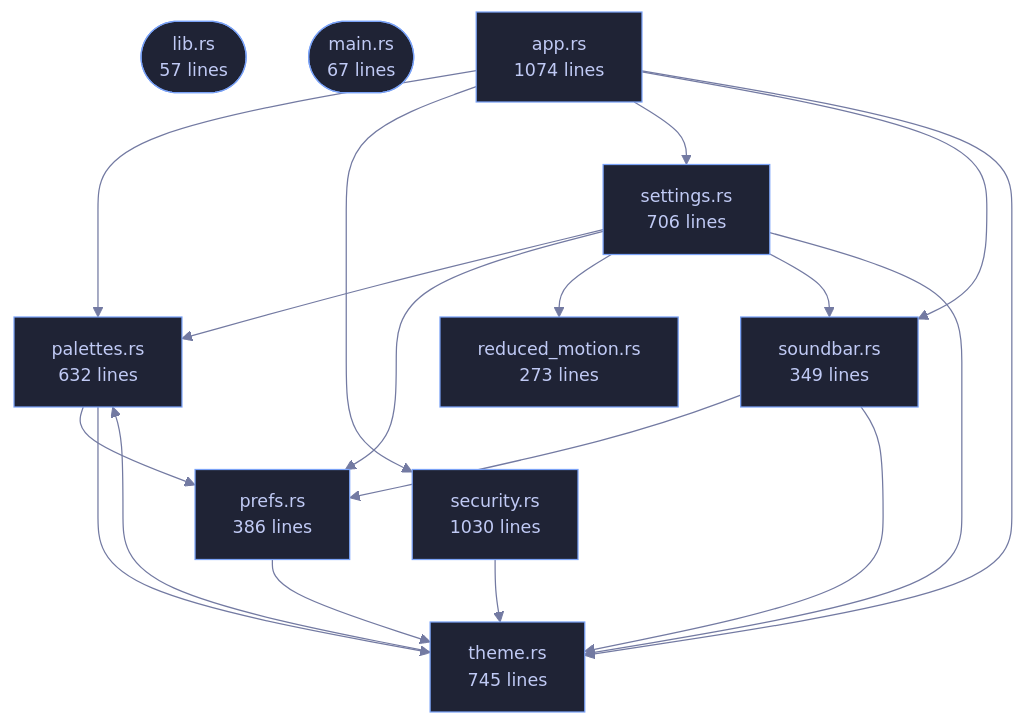
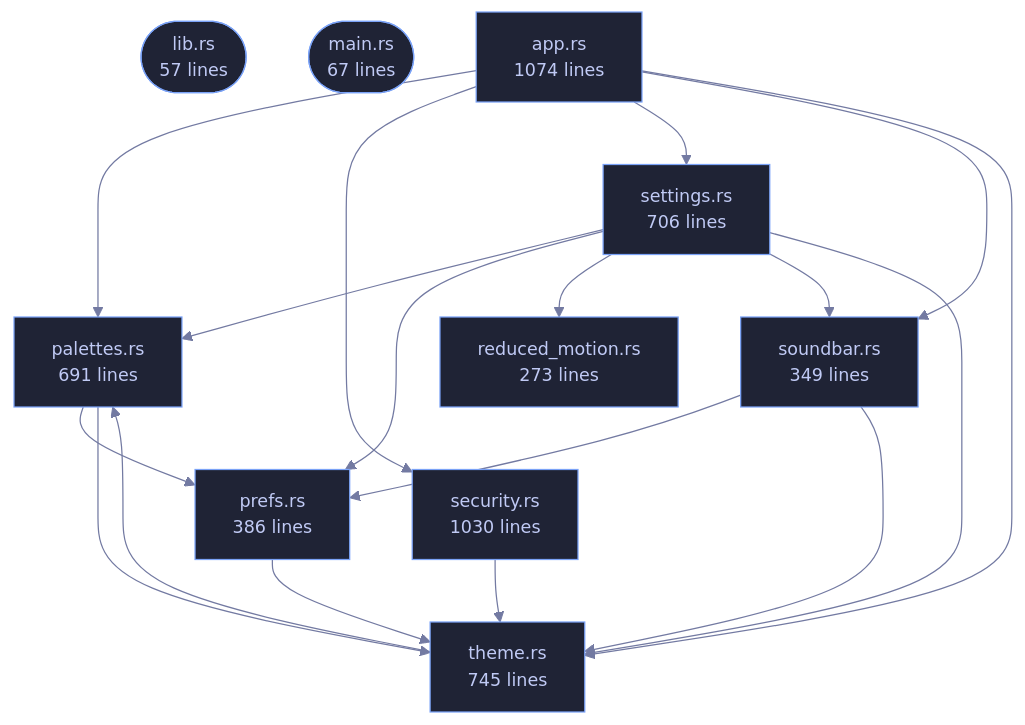
One commit to tilas01/veilvoice changed the diagram in crates/veilvoice-gui/README.md. Above: the diagram before and after it, drawn with Mermaid. The commit also changed other lines of this file and 13 other files, not shown here.

````diff
--- a/crates/veilvoice-gui/README.md
+++ b/crates/veilvoice-gui/README.md
@@ -71,31 +71,31 @@
 ```mermaid
 %%{init: {"theme":"base","themeVariables":{"background":"#1a1b26","primaryColor":"#1f2335","primaryTextColor":"#c0caf5","primaryBorderColor":"#7aa2f7","secondaryColor":"#16161e","tertiaryColor":"#16161e","lineColor":"#737aa2","textColor":"#c0caf5","mainBkg":"#1f2335","nodeBorder":"#7aa2f7","clusterBkg":"#16161e","clusterBorder":"#2f3549","fontFamily":"ui-monospace, SFMono-Regular, Consolas, monospace","fontSize":"14px"}}}%%
 flowchart TD
     n_lib(["lib.rs<br/>57 lines"])
     n_main(["main.rs<br/>67 lines"])
     n_app["app.rs<br/>1074 lines"]
-    n_palettes["palettes.rs<br/>632 lines"]
+    n_palettes["palettes.rs<br/>691 lines"]
     n_prefs["prefs.rs<br/>386 lines"]
     n_reduced_motion["reduced_motion.rs<br/>273 lines"]
     n_security["security.rs<br/>1030 lines"]
     n_settings["settings.rs<br/>706 lines"]
     n_soundbar["soundbar.rs<br/>349 lines"]
     n_theme["theme.rs<br/>745 lines"]
     n_app --> n_palettes
     n_app --> n_security
     n_app --> n_settings
     n_app --> n_soundbar
     n_app --> n_theme
     n_palettes --> n_prefs
     n_palettes --> n_theme
     n_prefs --> n_theme
     n_security --> n_theme
     n_settings --> n_palettes
     n_settings --> n_prefs
     n_settings --> n_reduced_motion
     n_settings --> n_soundbar
     n_settings --> n_theme
     n_soundbar --> n_prefs
     n_soundbar --> n_theme
     n_theme --> n_palettes
 ```
````
